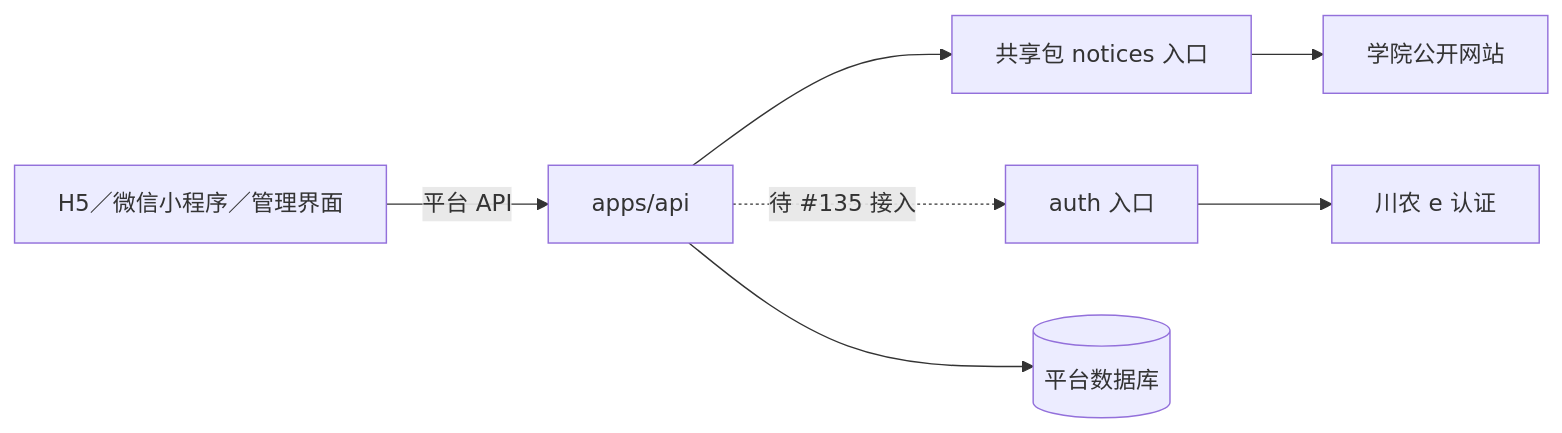
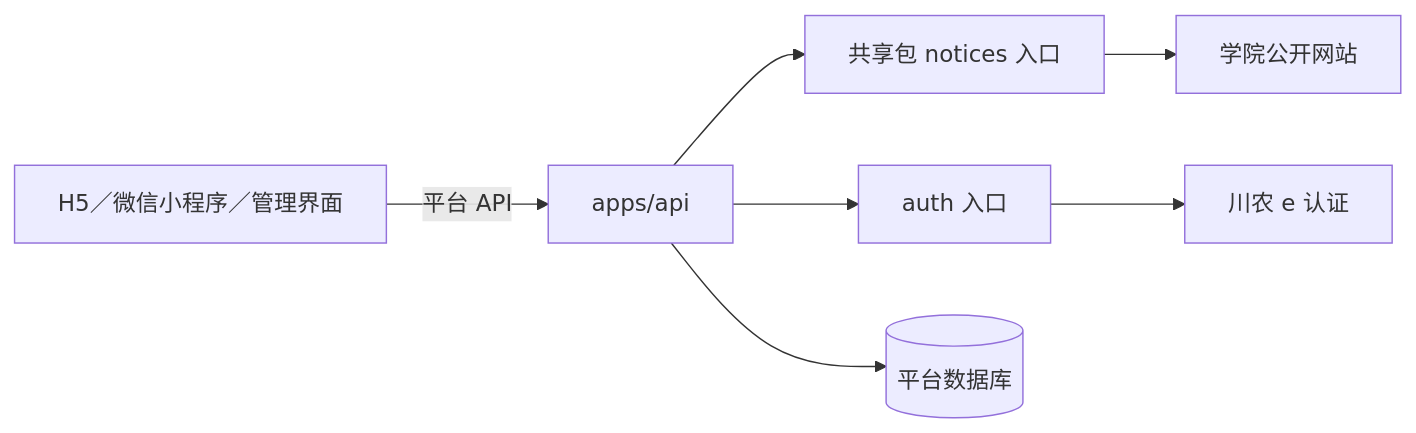
Before and after one commit to HeHuoDa/HeHuoDa: the diagram in docs/sicau-connectors.md, drawn with Mermaid. The commit also changed other lines of this file and 5 other files, not shown here.

````diff
--- a/docs/sicau-connectors.md
+++ b/docs/sicau-connectors.md
@@ -44,9 +44,9 @@
 ```mermaid
 flowchart LR
     UI[H5／微信小程序／管理界面] -->|平台 API| API[apps/api]
     API --> Notices[共享包 notices 入口]
-    API -. 待 #135 接入 .-> Auth[auth 入口]
+    API --> Auth[auth 入口]
     Notices --> Sites[学院公开网站]
     Auth --> School[川农 e 认证]
     API --> DB[(平台数据库)]
 ```
````
